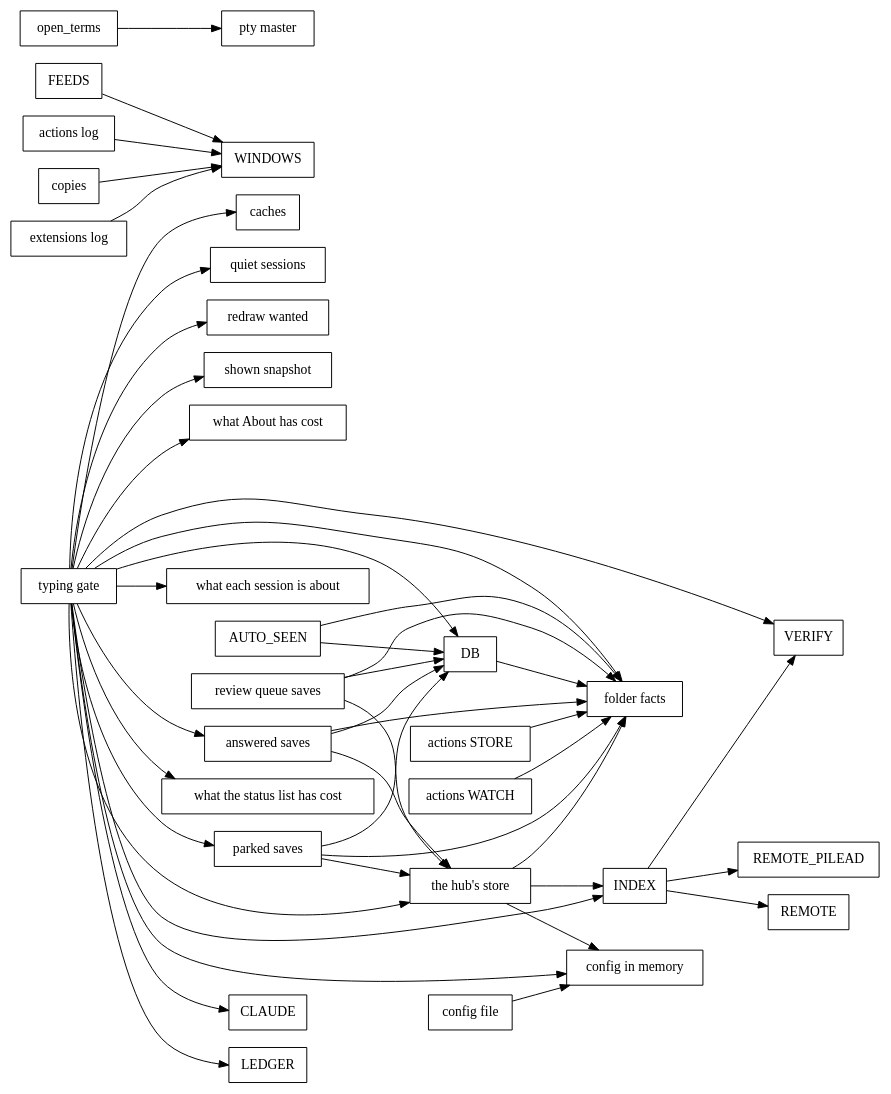
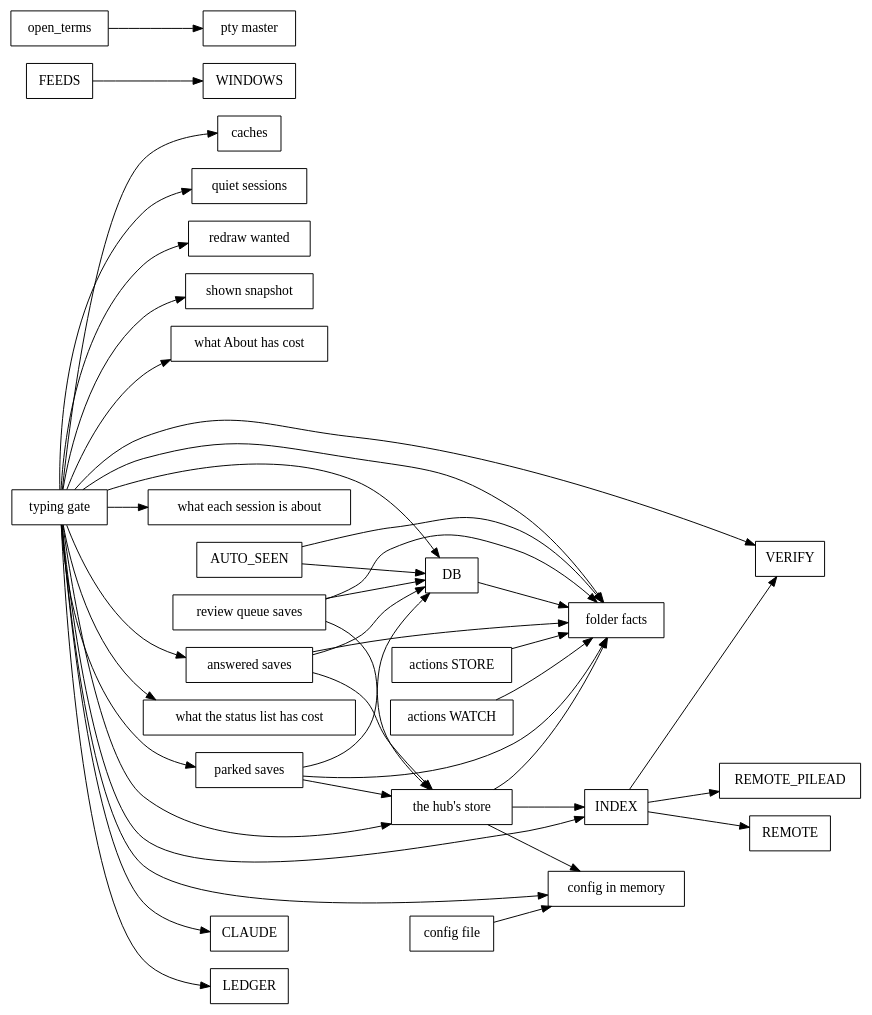
One commit to spacegrowth/cue changed the diagram in docs/dev/lock-graph.dot. Above: the diagram before and after it, drawn with Graphviz. The commit also changed 4 other files, not shown here.

```diff
--- a/docs/dev/lock-graph.dot
+++ b/docs/dev/lock-graph.dot
@@ -1,48 +1,45 @@
 // Generated by `cargo run -p xtask -- inventory`; don't edit by hand.
 digraph locks {
   rankdir=LR;
   node [shape=box];
   "AUTO_SEEN" -> "DB";
   "AUTO_SEEN" -> "folder facts";
   "DB" -> "folder facts";
   "FEEDS" -> "WINDOWS";
   "INDEX" -> "REMOTE";
   "INDEX" -> "REMOTE_PILEAD";
   "INDEX" -> "VERIFY";
   "actions STORE" -> "folder facts";
   "actions WATCH" -> "folder facts";
-  "actions log" -> "WINDOWS";
   "answered saves" -> "DB";
   "answered saves" -> "folder facts";
   "answered saves" -> "the hub's store";
   "config file" -> "config in memory";
-  "copies" -> "WINDOWS";
-  "extensions log" -> "WINDOWS";
   "open_terms" -> "pty master";
   "parked saves" -> "DB";
   "parked saves" -> "folder facts";
   "parked saves" -> "the hub's store";
   "review queue saves" -> "DB";
   "review queue saves" -> "folder facts";
   "review queue saves" -> "the hub's store";
   "the hub's store" -> "INDEX";
   "the hub's store" -> "config in memory";
   "the hub's store" -> "folder facts";
   "typing gate" -> "CLAUDE";
   "typing gate" -> "DB";
   "typing gate" -> "INDEX";
   "typing gate" -> "LEDGER";
   "typing gate" -> "VERIFY";
   "typing gate" -> "answered saves";
   "typing gate" -> "caches";
   "typing gate" -> "config in memory";
   "typing gate" -> "folder facts";
   "typing gate" -> "parked saves";
   "typing gate" -> "quiet sessions";
   "typing gate" -> "redraw wanted";
   "typing gate" -> "shown snapshot";
   "typing gate" -> "the hub's store";
   "typing gate" -> "what About has cost";
   "typing gate" -> "what each session is about";
   "typing gate" -> "what the status list has cost";
 }
```
